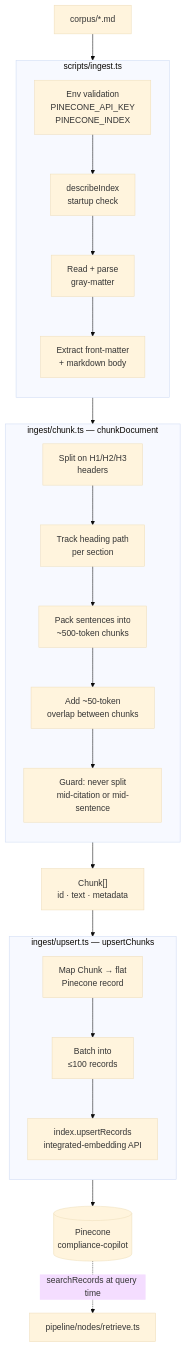
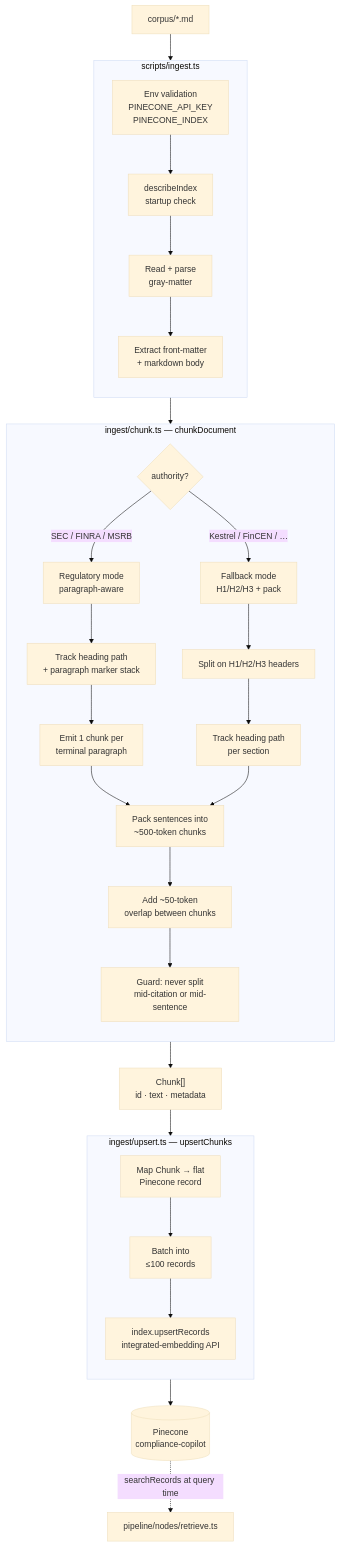
Before and after one commit to tlewismedia/starling-data: the diagram in ingest/ARCHITECTURE.md, drawn with Mermaid (base theme). The commit also changed other lines of this file and 5 other files, not shown here.

````diff
--- a/ingest/ARCHITECTURE.md
+++ b/ingest/ARCHITECTURE.md
@@ -9,35 +9,42 @@
 ```mermaid
 flowchart TD
     A[corpus/*.md] --> B[scripts/ingest.ts]
 
     subgraph B[scripts/ingest.ts]
         direction TB
         B1[Env validation<br/>PINECONE_API_KEY<br/>PINECONE_INDEX] --> B2[describeIndex<br/>startup check]
         B2 --> B3[Read + parse<br/>gray-matter]
         B3 --> B4[Extract front-matter<br/>+ markdown body]
     end
 
     B4 --> C[ingest/chunk.ts<br/>chunkDocument]
 
     subgraph C[ingest/chunk.ts — chunkDocument]
         direction TB
-        C1[Split on H1/H2/H3<br/>headers] --> C2[Track heading path<br/>per section]
-        C2 --> C3[Pack sentences into<br/>~500-token chunks]
+        C0{authority?}
+        C0 -->|SEC / FINRA / MSRB| C_REG[Regulatory mode<br/>paragraph-aware]
+        C0 -->|Kestrel / FinCEN / …| C_FB[Fallback mode<br/>H1/H2/H3 + pack]
+        C_REG --> C1R[Track heading path<br/>+ paragraph marker stack]
+        C1R --> C2R[Emit 1 chunk per<br/>terminal paragraph]
+        C_FB --> C1[Split on H1/H2/H3 headers]
+        C1 --> C2[Track heading path<br/>per section]
+        C2R --> C3[Pack sentences into<br/>~500-token chunks]
+        C2 --> C3
         C3 --> C4[Add ~50-token<br/>overlap between chunks]
         C4 --> C5[Guard: never split<br/>mid-citation or mid-sentence]
     end
 
     C5 --> D["Chunk[]<br/>id · text · metadata"]
 
     D --> E[ingest/upsert.ts<br/>upsertChunks]
 
     subgraph E[ingest/upsert.ts — upsertChunks]
         direction TB
         E1[Map Chunk → flat<br/>Pinecone record] --> E2[Batch into<br/>≤100 records]
         E2 --> E3[index.upsertRecords<br/>integrated-embedding API]
     end
 
     E3 --> F[(Pinecone<br/>compliance-copilot)]
 
     F -.->|searchRecords at query time| G[pipeline/nodes/retrieve.ts]
 ```
````
